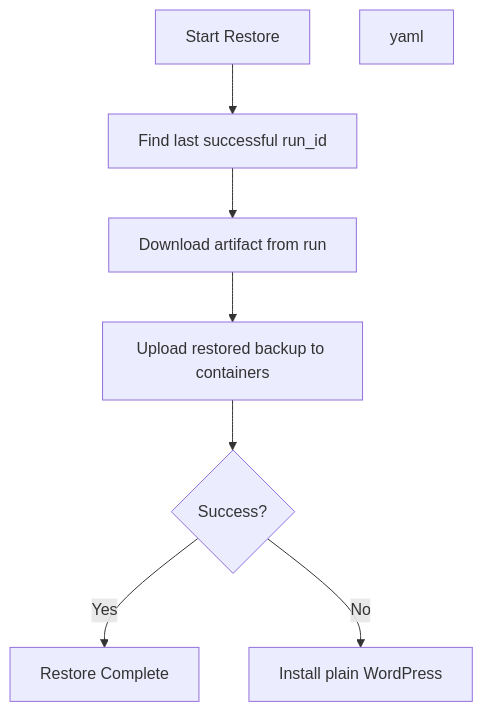
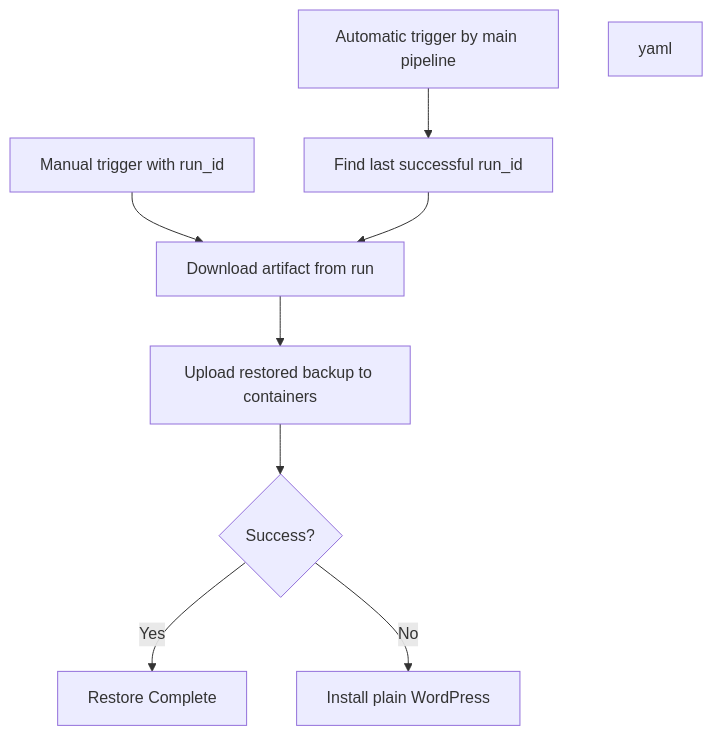
The second of 2 diagrams in docs/workflows/backup-workflows.md (pazderskipawel/cicd_wp_demo), drawn with Mermaid before and after one commit. The commit also changed other lines of this file and 1 other file, not shown here.

```diff
--- a/docs/workflows/backup-workflows.md
+++ b/docs/workflows/backup-workflows.md
@@ -36,10 +23,11 @@
 <div class="mermaid">
 flowchart TD
-    A[Start Restore] --> B[Find last successful run_id]
-    B --> C[Download artifact from run]
-    C --> D[Upload restored backup to containers]
-    D --> E{Success?}
-    E -->|Yes| F[Restore Complete]
-    E -->|No| G[Install plain WordPress]
+    A[Manual trigger with run_id] --> D[Download artifact from run]
+    B[Automatic trigger by main pipeline] --> C[Find last successful run_id]
+    C --> D
+    D --> E[Upload restored backup to containers]
+    E --> F{Success?}
+    F -->|Yes| G[Restore Complete]
+    F -->|No| H[Install plain WordPress]
 yaml
 </div>
```
